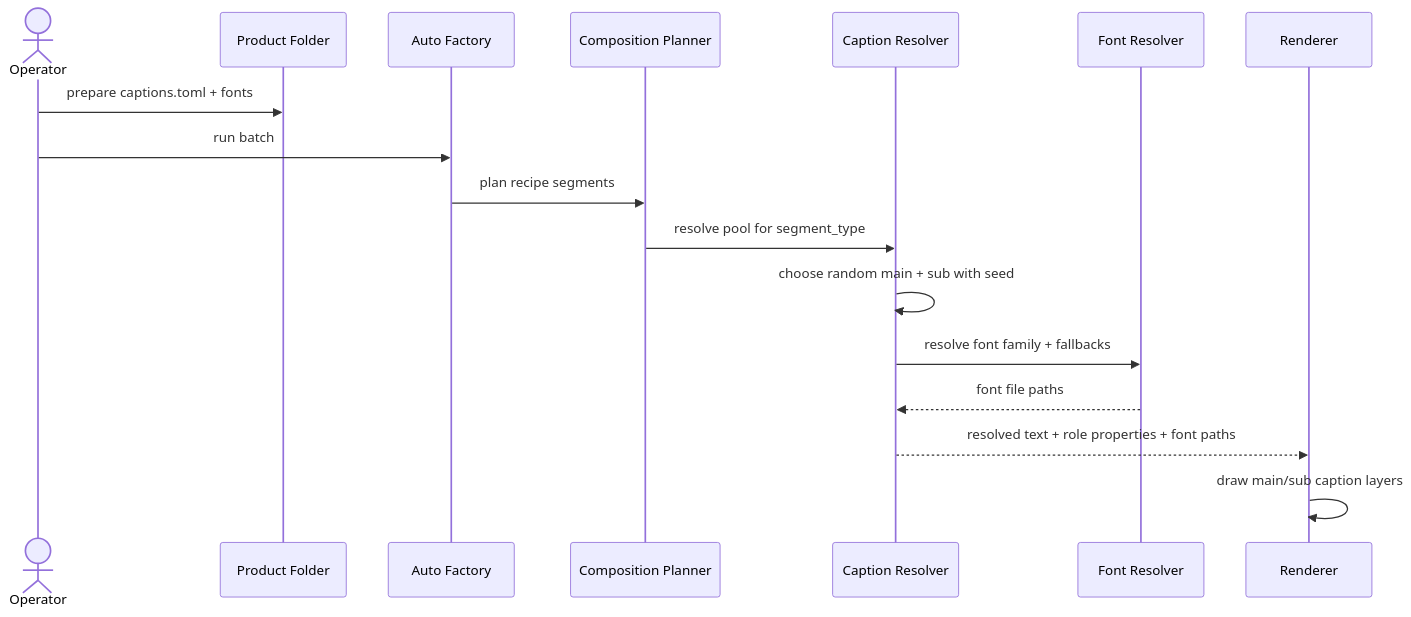
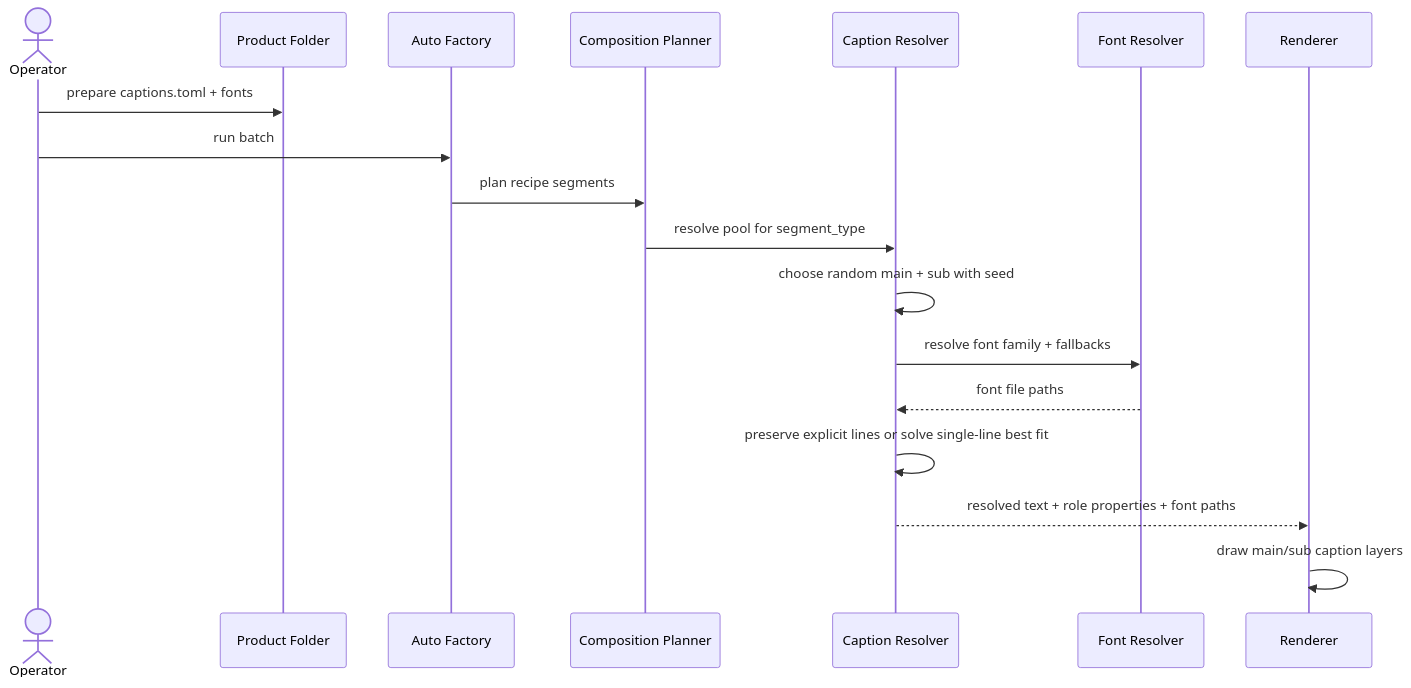
Before and after one commit to idev006/MTClipFactory: the second of 2 diagrams in doc/43_Product_Caption_Pool_And_Font_Workflow_2026-06-14.md, drawn with Mermaid. The commit also changed other lines of this file and 33 other files, not shown here.

````diff
--- a/doc/43_Product_Caption_Pool_And_Font_Workflow_2026-06-14.md
+++ b/doc/43_Product_Caption_Pool_And_Font_Workflow_2026-06-14.md
@@ -270,20 +274,21 @@
 ```mermaid
 sequenceDiagram
     actor Operator
     participant Folder as Product Folder
     participant View as Auto Factory
     participant Planner as Composition Planner
     participant Caption as Caption Resolver
     participant Font as Font Resolver
     participant Render as Renderer
 
     Operator->>Folder: prepare captions.toml + fonts
     Operator->>View: run batch
     View->>Planner: plan recipe segments
     Planner->>Caption: resolve pool for segment_type
     Caption->>Caption: choose random main + sub with seed
     Caption->>Font: resolve font family + fallbacks
     Font-->>Caption: font file paths
+    Caption->>Caption: preserve explicit lines or solve single-line best fit
     Caption-->>Render: resolved text + role properties + font paths
     Render->>Render: draw main/sub caption layers
 ```
````
